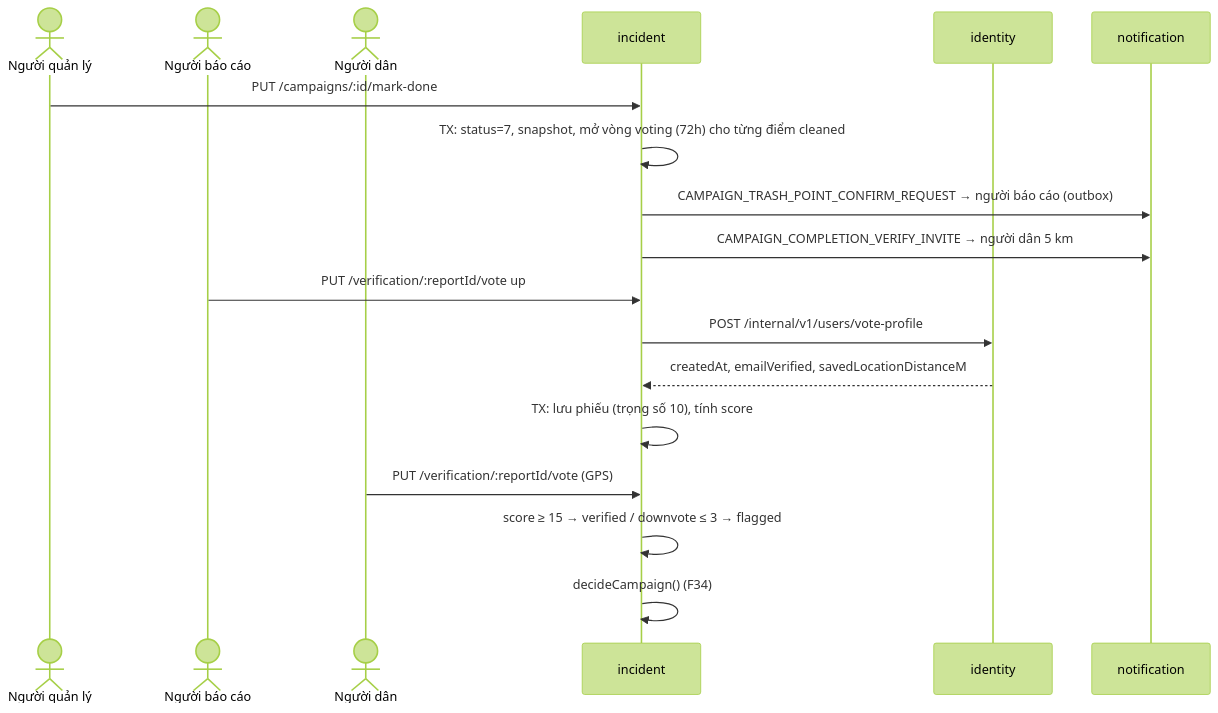
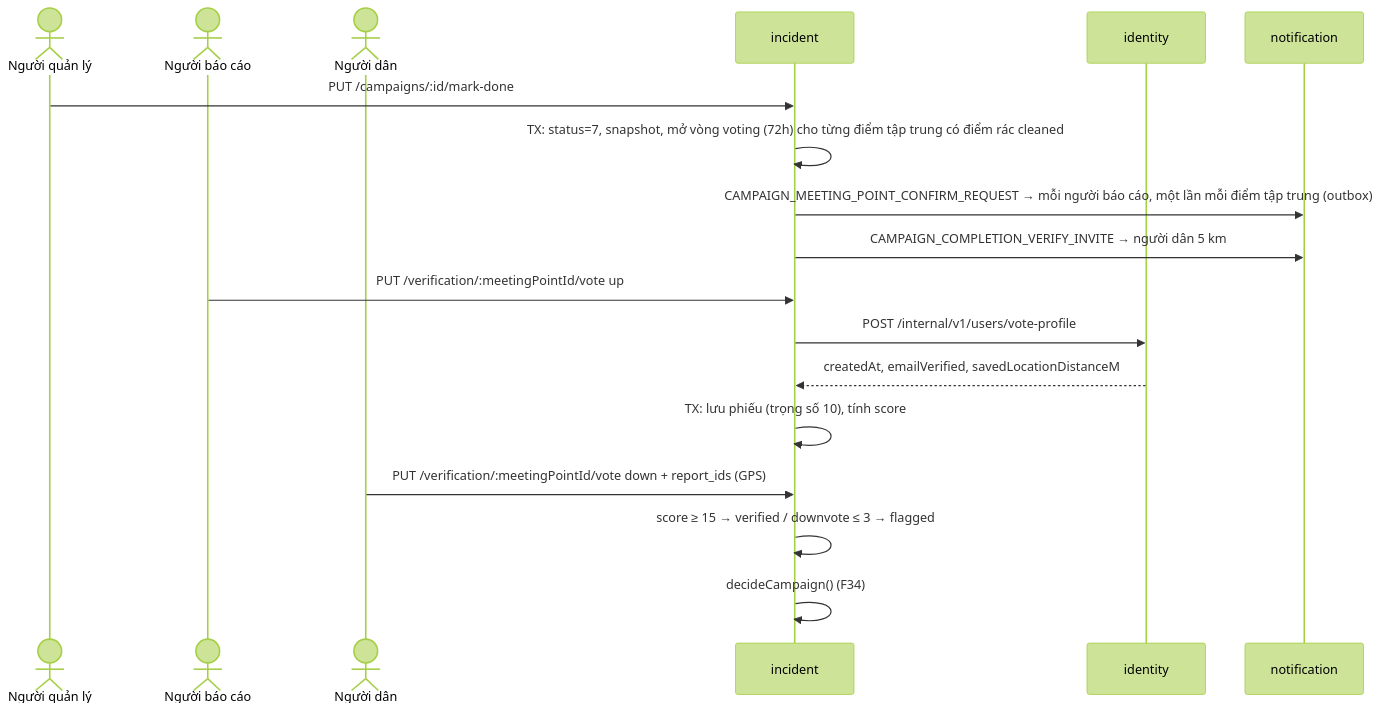
One commit to DOAN2-UQT-KN/ecolink-docs changed diagram 21 of 28 in 02-business-flows.md. Above: the diagram before and after it, drawn with Mermaid (forest theme). The commit also changed other lines of this file and 9 other files, not shown here.

Commit message:
docs: xác thực kết quả theo điểm tập trung (spec bản 2): bầu chọn, quyết định, admin xử lý cờ và mở lại ca theo điểm rác chưa đạt; bảng meeting_point_*, kind CAMPAIGN_MEETING_POINT_*, mã lỗi MEETING_POINT_*

````diff
--- a/02-business-flows.md
+++ b/02-business-flows.md
@@ -934,20 +935,20 @@
 ```mermaid
 sequenceDiagram
   actor M as Người quản lý
   actor R as Người báo cáo
   actor P as Người dân
   participant INC as incident
   participant ID as identity
   participant NS as notification
   M->>INC: PUT /campaigns/:id/mark-done
-  INC->>INC: TX: status=7, snapshot, mở vòng voting (72h) cho từng điểm cleaned
-  INC->>NS: CAMPAIGN_TRASH_POINT_CONFIRM_REQUEST → người báo cáo (outbox)
+  INC->>INC: TX: status=7, snapshot, mở vòng voting (72h) cho từng điểm tập trung có điểm rác cleaned
+  INC->>NS: CAMPAIGN_MEETING_POINT_CONFIRM_REQUEST → mỗi người báo cáo, một lần mỗi điểm tập trung (outbox)
   INC->>NS: CAMPAIGN_COMPLETION_VERIFY_INVITE → người dân 5 km
-  R->>INC: PUT /verification/:reportId/vote up
+  R->>INC: PUT /verification/:meetingPointId/vote up
   INC->>ID: POST /internal/v1/users/vote-profile
   ID-->>INC: createdAt, emailVerified, savedLocationDistanceM
   INC->>INC: TX: lưu phiếu (trọng số 10), tính score
-  P->>INC: PUT /verification/:reportId/vote (GPS)
+  P->>INC: PUT /verification/:meetingPointId/vote down + report_ids (GPS)
   INC->>INC: score ≥ 15 → verified / downvote ≤ 3 → flagged
   INC->>INC: decideCampaign() (F34)
 ```
````
